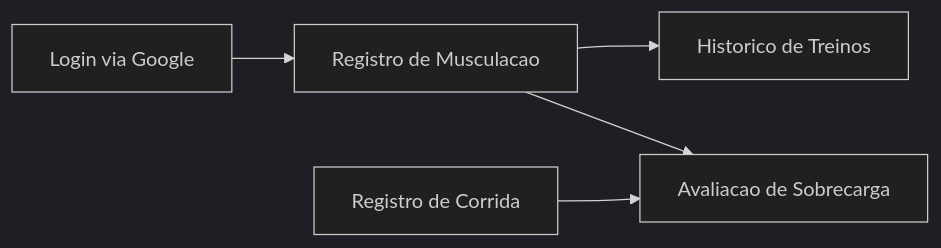
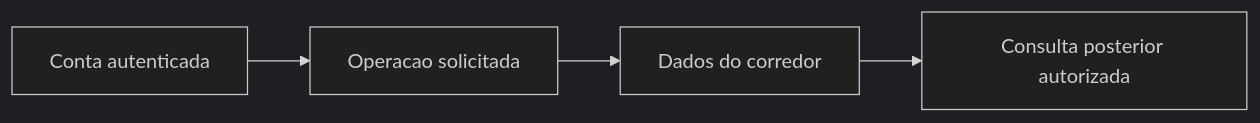
The third of 3 diagrams in DocumentAIReadme/Steady.Api/BusinessRulesDocs/Registro-de-Musculacao-Treino-Forca-Rules.md (JoaoFPedro/steady-ia), drawn with Mermaid (dark theme) before and after one commit. The commit also changed other lines of this file and 318 other files, not shown here.

````diff
--- a/DocumentAIReadme/Steady.Api/BusinessRulesDocs/Registro-de-Musculacao-Treino-Forca-Rules.md
+++ b/DocumentAIReadme/Steady.Api/BusinessRulesDocs/Registro-de-Musculacao-Treino-Forca-Rules.md
@@ -103,7 +110,6 @@
 ```mermaid
 graph LR
-    A[Registro de Musculacao] --> B[Historico de Treinos]
-    A --> C[Avaliacao de Sobrecarga]
-    D[Login via Google] --> A
-    E[Registro de Corrida] --> C
+    Conta[Conta autenticada] --> Funcionalidade[Operacao solicitada]
+    Funcionalidade --> Persistencia[Dados do corredor]
+    Persistencia --> Consulta[Consulta posterior autorizada]
 ```
````
